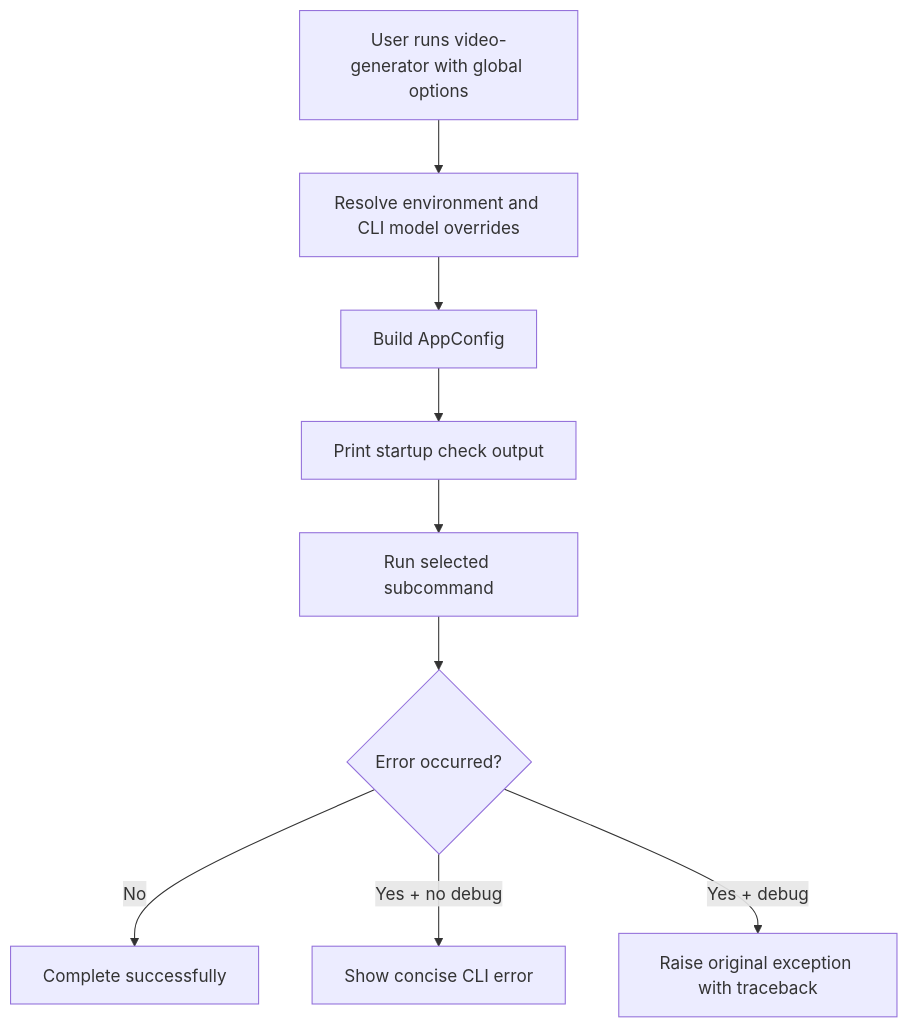
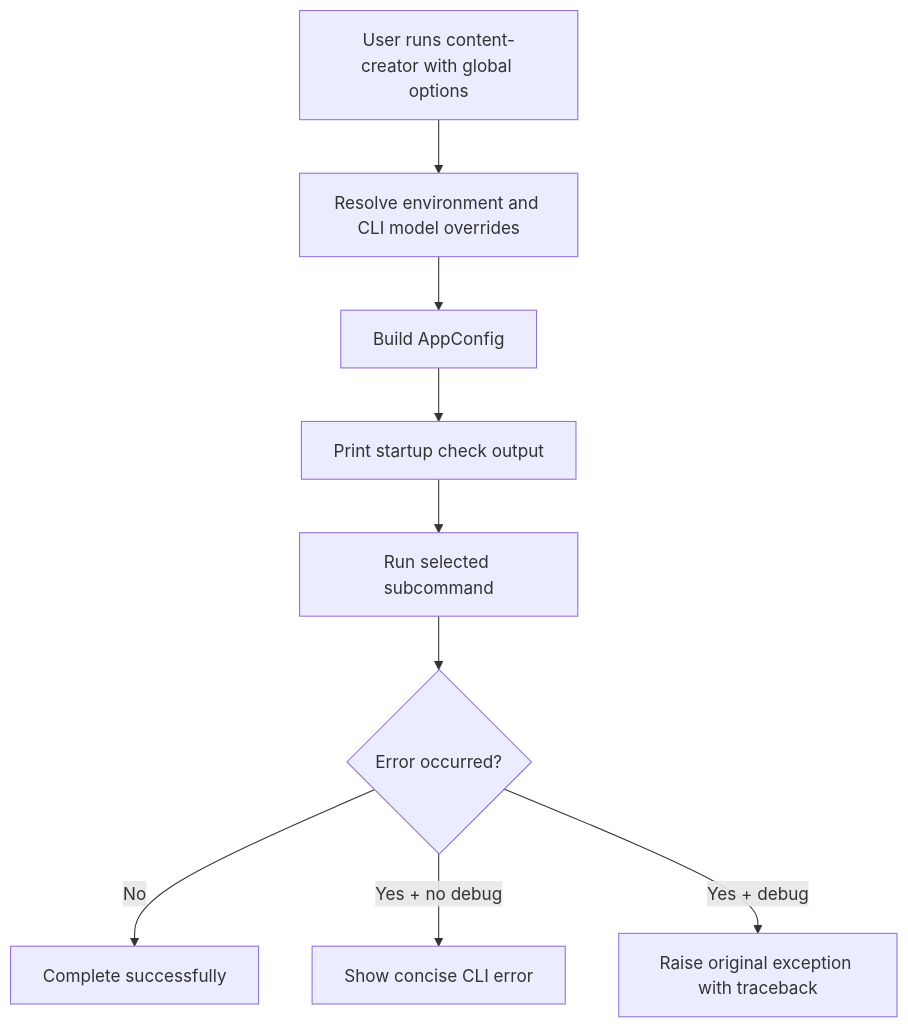
One commit to apsamuel/content-creator changed the diagram in docs/commands/global-options.md. Above: the diagram before and after it, drawn with Mermaid. The commit also changed other lines of this file and 6 other files, not shown here.

Commit message:
refactor: rename CLI tool references from video-generator to content-creator in documentation

````diff
--- a/docs/commands/global-options.md
+++ b/docs/commands/global-options.md
@@ -45,11 +45,11 @@
 ```mermaid
 flowchart TD
-    A[User runs video-generator with global options] --> B[Resolve environment and CLI model overrides]
+    A[User runs content-creator with global options] --> B[Resolve environment and CLI model overrides]
     B --> C[Build AppConfig]
     C --> D[Print startup check output]
     D --> E[Run selected subcommand]
     E --> F{Error occurred?}
     F -->|No| G[Complete successfully]
     F -->|Yes + no debug| H[Show concise CLI error]
     F -->|Yes + debug| I[Raise original exception with traceback]
 ```
````
